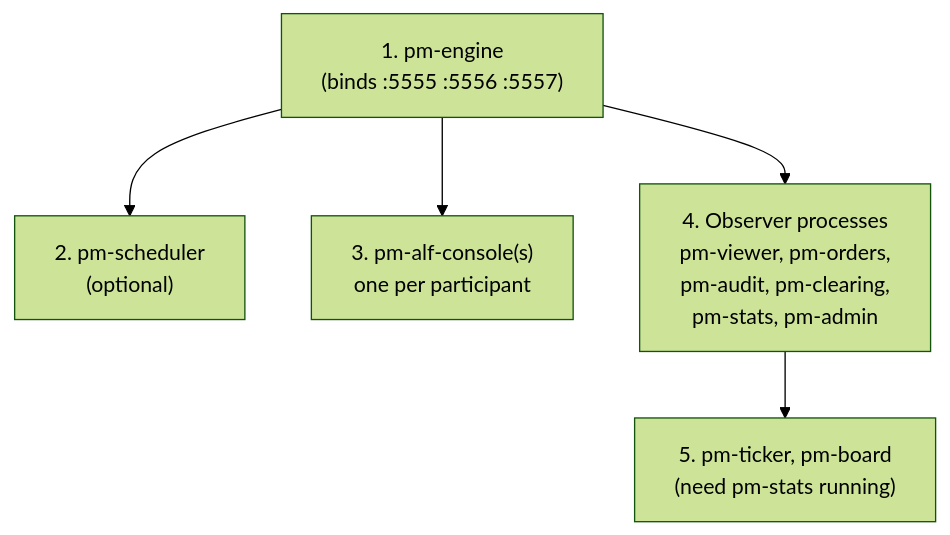
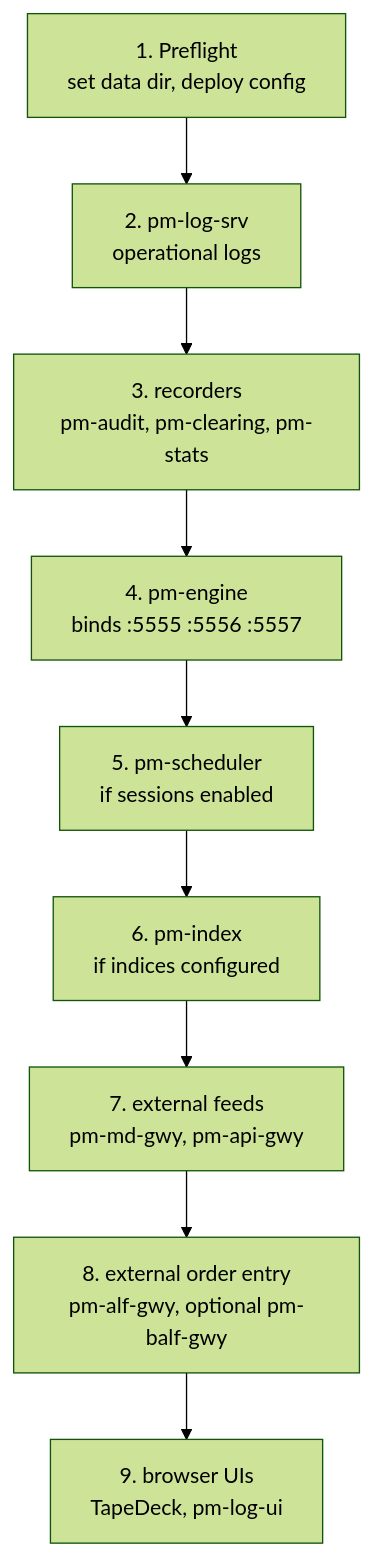
Before and after one commit to johan162/EduMatcher: the diagram in docs/user-guide/040-running-the-exchange.md, drawn with Mermaid (forest theme). The commit also changed other lines of this file and 2 other files, not shown here.

````diff
--- a/docs/user-guide/040-running-the-exchange.md
+++ b/docs/user-guide/040-running-the-exchange.md
@@ -156,13 +209,14 @@
 ```mermaid
 flowchart TD
-    ENG["1. pm-engine\n(binds :5555 :5556 :5557)"]
-    SCH["2. pm-scheduler\n(optional)"]
-    GW["3. pm-alf-console(s)\none per participant"]
-    OBS["4. Observer processes\npm-viewer, pm-orders,\npm-audit, pm-clearing,\npm-stats, pm-admin"]
-    STAT_DEP["5. pm-ticker, pm-board\n(need pm-stats running)"]
+    PRE["1. Preflight\nset data dir, deploy config"]
+        LOG["2. pm-log-srv\noperational logs"]
+        REC["3. recorders\npm-audit, pm-clearing, pm-stats"]
+        ENG["4. pm-engine\nbinds :5555 :5556 :5557"]
+        SCHED["5. pm-scheduler\nif sessions enabled"]
+        IDX["6. pm-index\nif indices configured"]
+        FEEDS["7. external feeds\npm-md-gwy, pm-api-gwy"]
+        ENTRY["8. external order entry\npm-alf-gwy, optional pm-balf-gwy"]
+        UI["9. browser UIs\nTapeDeck, pm-log-ui"]
 
-    ENG --> SCH
-    ENG --> GW
-    ENG --> OBS
-    OBS --> STAT_DEP
+        PRE --> LOG --> REC --> ENG --> SCHED --> IDX --> FEEDS --> ENTRY --> UI
 ```
````
